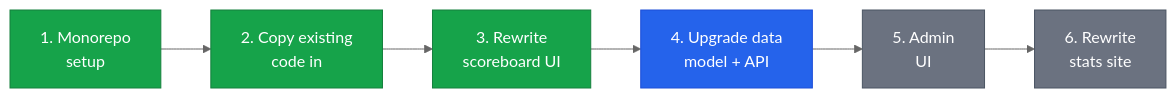
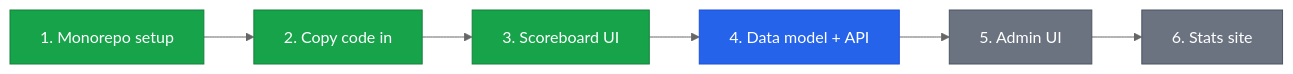
Before and after one commit to dennisfurrer/rrsb-mono: the diagram in apps/docs/src/content/docs/overview/plan.md, drawn with Mermaid (neutral theme). The commit also changed 13 other files, not shown here.

````diff
--- a/apps/docs/src/content/docs/overview/plan.md
+++ b/apps/docs/src/content/docs/overview/plan.md
@@ -8,15 +8,15 @@
 ```mermaid
 flowchart LR
-    A["1. Monorepo\nsetup"]:::done
-    B["2. Copy existing\ncode in"]:::done
-    C["3. Rewrite\nscoreboard UI"]:::done
-    D["4. Upgrade data\nmodel + API"]:::next
-    E["5. Admin\nUI"]:::planned
-    F["6. Rewrite\nstats site"]:::planned
+    A[1. Monorepo setup]:::done
+    B[2. Copy code in]:::done
+    C[3. Scoreboard UI]:::done
+    D[4. Data model + API]:::next
+    E[5. Admin UI]:::planned
+    F[6. Stats site]:::planned
 
     A --> B --> C --> D --> E --> F
 
     classDef done fill:#16a34a,color:#fff,stroke:#15803d
     classDef next fill:#2563eb,color:#fff,stroke:#1d4ed8
     classDef planned fill:#6b7280,color:#fff,stroke:#4b5563
 ```
````
